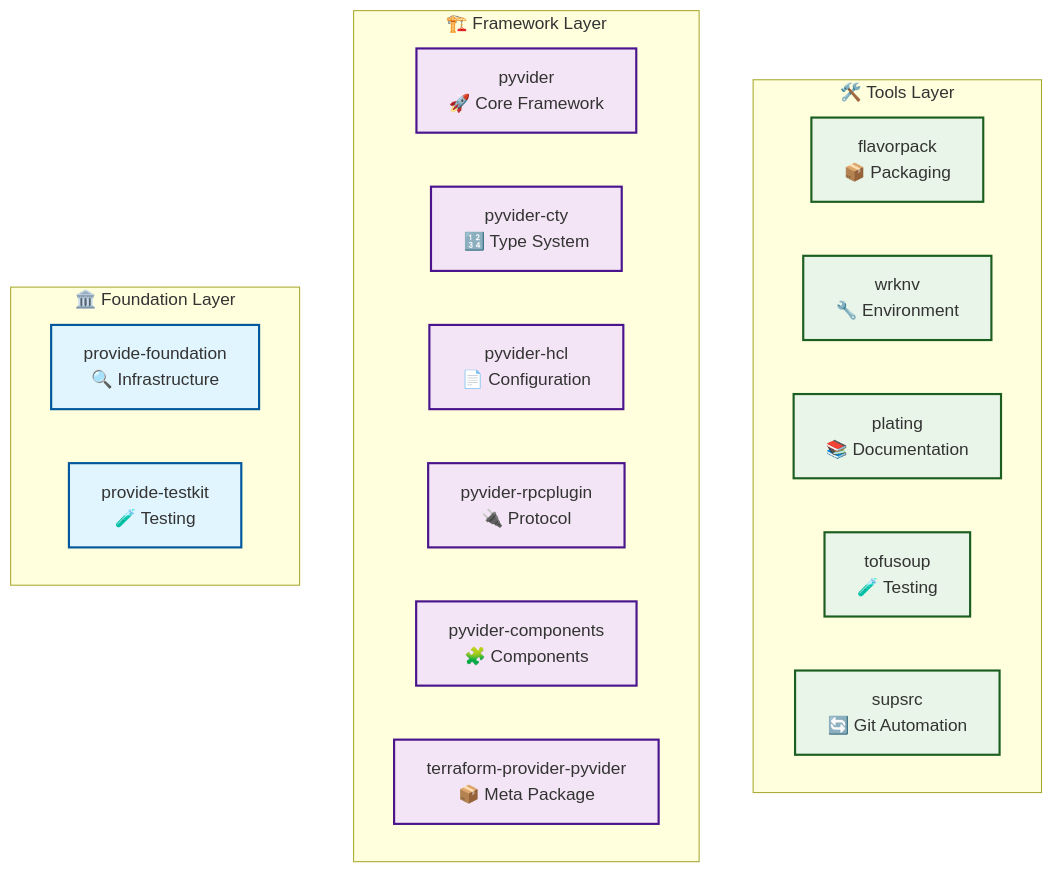
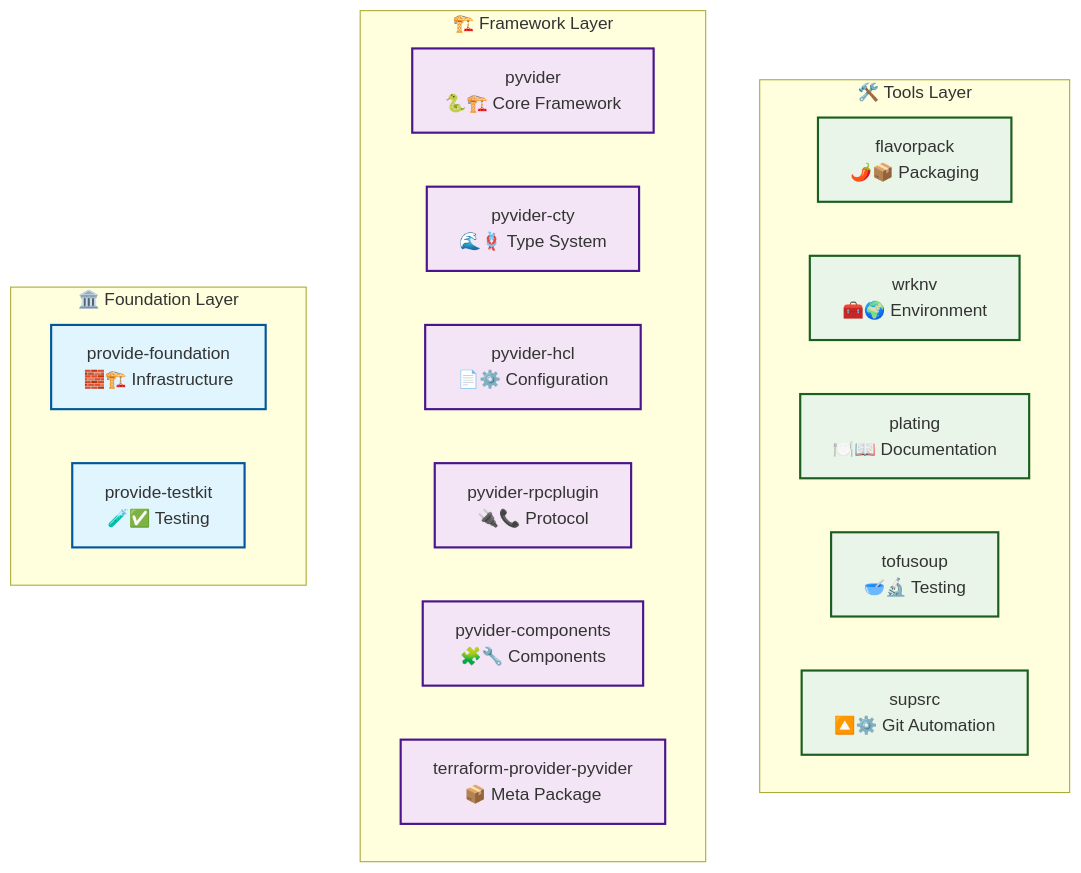
One commit to provide-io/provide-foundry changed the diagram in docs/packages/index.md. Above: the diagram before and after it, drawn with Mermaid. The commit also changed other lines of this file and 80 other files, not shown here.

````diff
--- a/docs/packages/index.md
+++ b/docs/packages/index.md
@@ -7,32 +7,32 @@
 ```mermaid
 graph TB
     subgraph "🛠️ Tools Layer"
-        FP[flavorpack<br/>📦 Packaging]
-        WE[wrknv<br/>🔧 Environment]
-        PL[plating<br/>📚 Documentation]
-        TS[tofusoup<br/>🧪 Testing]
-        SS[supsrc<br/>🔄 Git Automation]
+        FP[flavorpack<br/>🌶️📦 Packaging]
+        WE[wrknv<br/>🧰🌍 Environment]
+        PL[plating<br/>🍽️📖 Documentation]
+        TS[tofusoup<br/>🥣🔬 Testing]
+        SS[supsrc<br/>🔼⚙️ Git Automation]
     end
 
     subgraph "🏗️ Framework Layer"
-        PY[pyvider<br/>🚀 Core Framework]
-        CTY[pyvider-cty<br/>🔢 Type System]
-        HCL[pyvider-hcl<br/>📄 Configuration]
-        RPC[pyvider-rpcplugin<br/>🔌 Protocol]
-        COMP[pyvider-components<br/>🧩 Components]
+        PY[pyvider<br/>🐍🏗️ Core Framework]
+        CTY[pyvider-cty<br/>🌊🪢 Type System]
+        HCL[pyvider-hcl<br/>📄⚙️ Configuration]
+        RPC[pyvider-rpcplugin<br/>🔌📞 Protocol]
+        COMP[pyvider-components<br/>🧩🔧 Components]
         TPP[terraform-provider-pyvider<br/>📦 Meta Package]
     end
 
     subgraph "🏛️ Foundation Layer"
-        FOUND[provide-foundation<br/>🔍 Infrastructure]
-        TEST[provide-testkit<br/>🧪 Testing]
+        FOUND[provide-foundation<br/>🧱🏗️ Infrastructure]
+        TEST[provide-testkit<br/>🧪✅ Testing]
     end
 
     classDef foundation fill:#e1f5fe,stroke:#01579b,stroke-width:2px
     classDef framework fill:#f3e5f5,stroke:#4a148c,stroke-width:2px
     classDef tools fill:#e8f5e8,stroke:#1b5e20,stroke-width:2px
 
     class FOUND,TEST foundation
     class PY,CTY,HCL,RPC,COMP,TPP framework
     class FP,WE,PL,TS,SS tools
 ```
````
